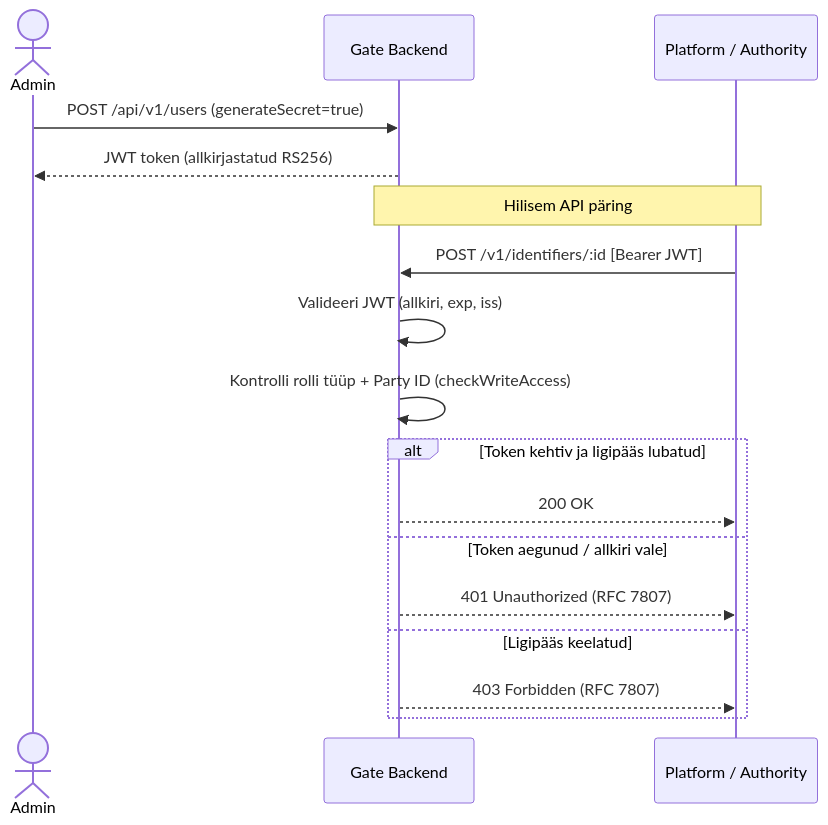
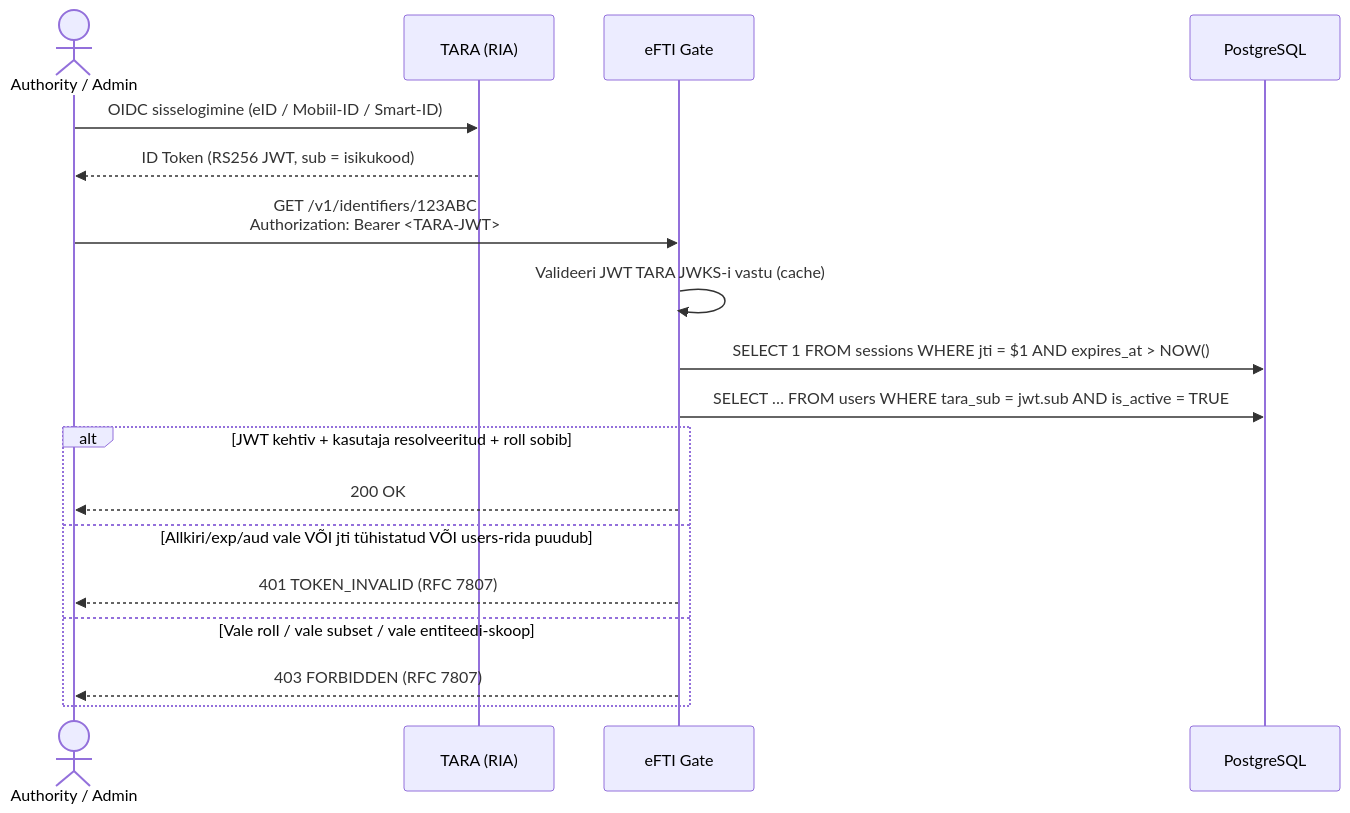
Before and after one commit to kemit-ee/efti-gate-ee: the second of 10 diagrams in docs/efti_full_epics_et.md, drawn with Mermaid. The commit also changed other lines of this file and 26 other files, not shown here.

````diff
--- a/docs/efti_full_epics_et.md
+++ b/docs/efti_full_epics_et.md
@@ -246,22 +248,22 @@
 ```mermaid
 sequenceDiagram
-    actor Admin
-    participant Gate as Gate Backend
-    participant Platform as Platform / Authority
+    actor Officer as Authority / Admin
+    participant TARA as TARA (RIA)
+    participant Gate as eFTI Gate
+    participant DB as PostgreSQL
 
-    Admin->>Gate: POST /api/v1/users (generateSecret=true)
-    Gate-->>Admin: JWT token (allkirjastatud RS256)
+    Officer->>TARA: OIDC sisselogimine (eID / Mobiil-ID / Smart-ID)
+    TARA-->>Officer: ID Token (RS256 JWT, sub = isikukood)
 
-    Note over Platform,Gate: Hilisem API päring
-
-    Platform->>Gate: POST /v1/identifiers/:id [Bearer JWT]
-    Gate->>Gate: Valideeri JWT (allkiri, exp, iss)
-    Gate->>Gate: Kontrolli rolli tüüp + Party ID (checkWriteAccess)
-    alt Token kehtiv ja ligipääs lubatud
-        Gate-->>Platform: 200 OK
-    else Token aegunud / allkiri vale
-        Gate-->>Platform: 401 Unauthorized (RFC 7807)
-    else Ligipääs keelatud
-        Gate-->>Platform: 403 Forbidden (RFC 7807)
+    Officer->>Gate: GET /v1/identifiers/123ABC<br/>Authorization: Bearer <TARA-JWT>
+    Gate->>Gate: Valideeri JWT TARA JWKS-i vastu (cache)
+    Gate->>DB: SELECT 1 FROM sessions WHERE jti = $1 AND expires_at > NOW()
+    Gate->>DB: SELECT … FROM users WHERE tara_sub = jwt.sub AND is_active = TRUE
+    alt JWT kehtiv + kasutaja resolveeritud + roll sobib
+        Gate-->>Officer: 200 OK
+    else Allkiri/exp/aud vale VÕI jti tühistatud VÕI users-rida puudub
+        Gate-->>Officer: 401 TOKEN_INVALID (RFC 7807)
+    else Vale roll / vale subset / vale entiteedi-skoop
+        Gate-->>Officer: 403 FORBIDDEN (RFC 7807)
     end
 ```
````
